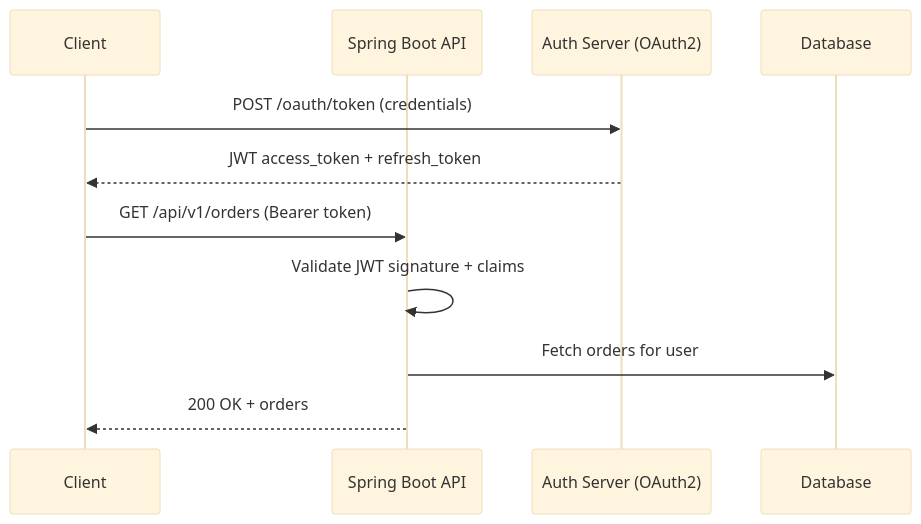
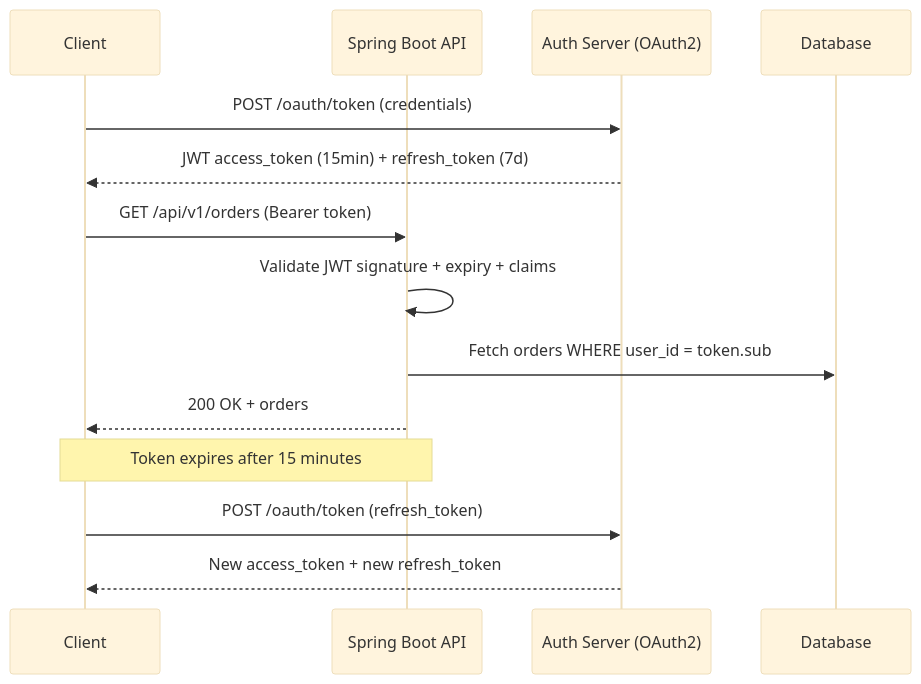
One commit to saivamsikaruturi/vamsilabs-dev-notes-main changed the third of 3 diagrams in docs/springboot/restapibestpractices.md. Above: the diagram before and after it, drawn with Mermaid (base theme). The commit also changed other lines of this file and 21 other files, not shown here.

````diff
--- a/docs/springboot/restapibestpractices.md
+++ b/docs/springboot/restapibestpractices.md
@@ -595,14 +780,17 @@
 ```mermaid
 sequenceDiagram
     participant Client
     participant API as Spring Boot API
     participant Auth as Auth Server (OAuth2)
     participant DB as Database
 
     Client->>Auth: POST /oauth/token (credentials)
-    Auth-->>Client: JWT access_token + refresh_token
+    Auth-->>Client: JWT access_token (15min) + refresh_token (7d)
     Client->>API: GET /api/v1/orders (Bearer token)
-    API->>API: Validate JWT signature + claims
-    API->>DB: Fetch orders for user
+    API->>API: Validate JWT signature + expiry + claims
+    API->>DB: Fetch orders WHERE user_id = token.sub
     API-->>Client: 200 OK + orders
+    Note over Client,API: Token expires after 15 minutes
+    Client->>Auth: POST /oauth/token (refresh_token)
+    Auth-->>Client: New access_token + new refresh_token
 ```
````
